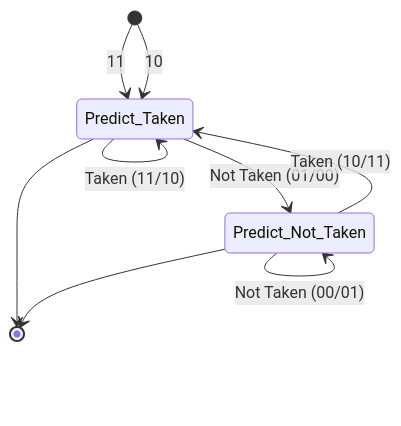
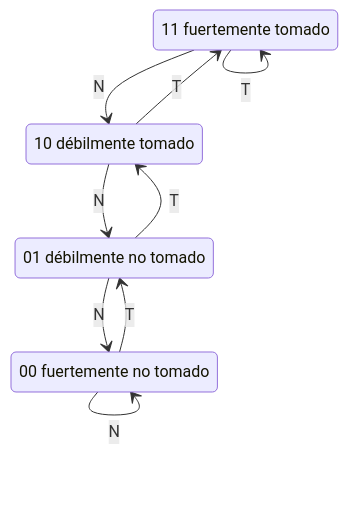
The diagram in public/documents/semester-4/4/4474.md (djaimej/computer-science-template), drawn with Mermaid before and after one commit. The commit also changed other lines of this file and 4 other files, not shown here.

````diff
--- a/public/documents/semester-4/4/4474.md
+++ b/public/documents/semester-4/4/4474.md
@@ -46,14 +43,15 @@
 ```mermaid
 stateDiagram-v2
-    [*] --> Predict_Taken: 11
-    [*] --> Predict_Taken: 10
-
-    Predict_Taken --> Predict_Taken: Taken (11/10)
-    Predict_Taken --> Predict_Not_Taken: Not Taken (01/00)
-
-    Predict_Not_Taken --> Predict_Not_Taken: Not Taken (00/01)
-    Predict_Not_Taken --> Predict_Taken: Taken (10/11)
-
-    Predict_Taken --> [*]
-    Predict_Not_Taken --> [*]
+    S3: 11 fuertemente tomado
+    S2: 10 débilmente tomado
+    S1: 01 débilmente no tomado
+    S0: 00 fuertemente no tomado
+    S3 --> S3: T
+    S3 --> S2: N
+    S2 --> S3: T
+    S2 --> S1: N
+    S1 --> S2: T
+    S1 --> S0: N
+    S0 --> S1: T
+    S0 --> S0: N
 ```
````
